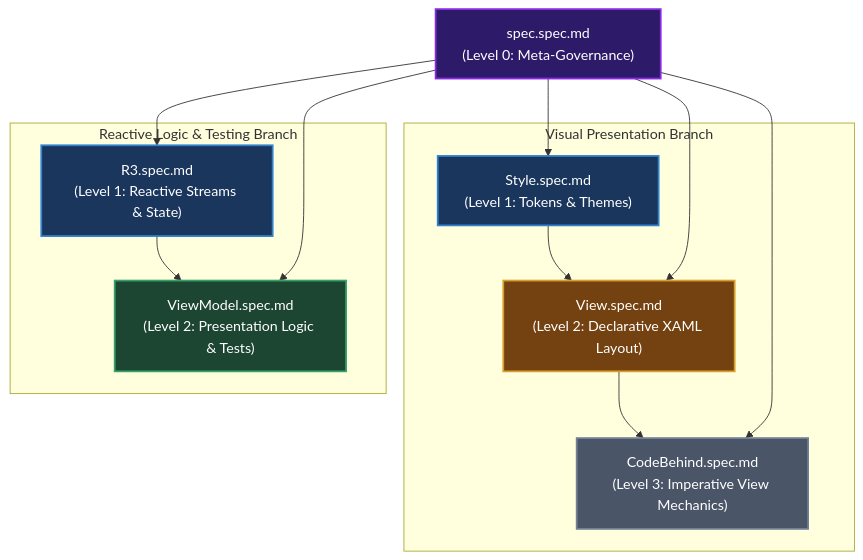
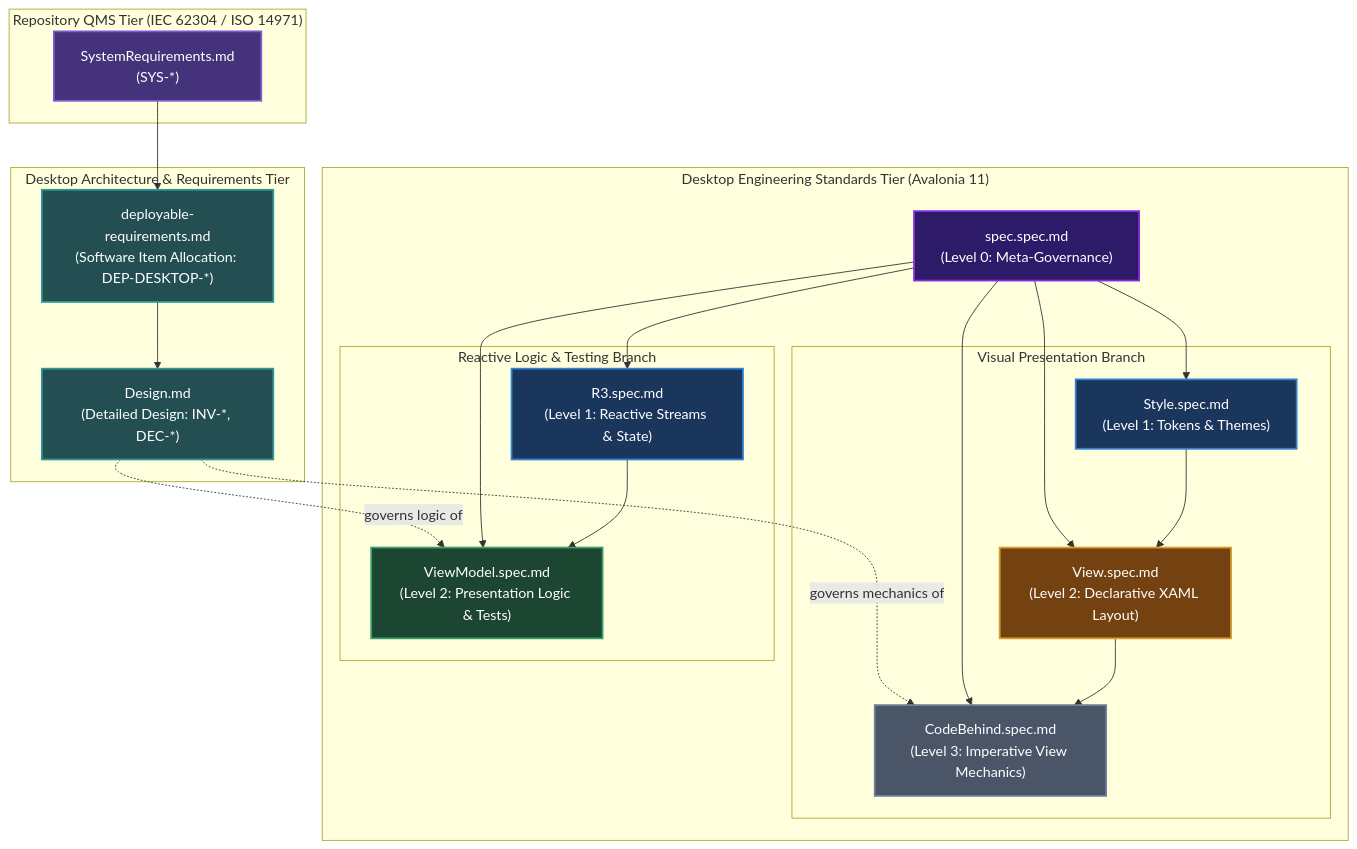
The first of 2 diagrams in source/Percolator.Desktop/spec/README.md (zerotwooneone/percolator), drawn with Mermaid before and after one commit. The commit also changed other lines of this file and 4 other files, not shown here.

Commit message:
add QMS specs to desktop

````diff
--- a/source/Percolator.Desktop/spec/README.md
+++ b/source/Percolator.Desktop/spec/README.md
@@ -17,36 +17,56 @@
 ```mermaid
 flowchart TD
-    Meta["spec.spec.md<br/>(Level 0: Meta-Governance)"]
-
-    subgraph BranchA["Visual Presentation Branch"]
-        Style["Style.spec.md<br/>(Level 1: Tokens & Themes)"]
-        View["View.spec.md<br/>(Level 2: Declarative XAML Layout)"]
-        CB["CodeBehind.spec.md<br/>(Level 3: Imperative View Mechanics)"]
-        Style --> View
-        View --> CB
+    subgraph RepoQMS["Repository QMS Tier (IEC 62304 / ISO 14971)"]
+        SYS["SystemRequirements.md<br/>(SYS-*)"]
     end
 
-    subgraph BranchB["Reactive Logic & Testing Branch"]
-        R3["R3.spec.md<br/>(Level 1: Reactive Streams & State)"]
-        VM["ViewModel.spec.md<br/>(Level 2: Presentation Logic & Tests)"]
-        R3 --> VM
+    subgraph DesktopQMS["Desktop Architecture & Requirements Tier"]
+        DEP["deployable-requirements.md<br/>(Software Item Allocation: DEP-DESKTOP-*)"]
+        DSN["Design.md<br/>(Detailed Design: INV-*, DEC-*)"]
+        SYS --> DEP
+        DEP --> DSN
     end
 
-    Meta --> Style
-    Meta --> R3
-    Meta --> View
-    Meta --> VM
-    Meta --> CB
+    subgraph DesktopStandards["Desktop Engineering Standards Tier (Avalonia 11)"]
+        Meta["spec.spec.md<br/>(Level 0: Meta-Governance)"]
 
+        subgraph BranchA["Visual Presentation Branch"]
+            Style["Style.spec.md<br/>(Level 1: Tokens & Themes)"]
+            View["View.spec.md<br/>(Level 2: Declarative XAML Layout)"]
+            CB["CodeBehind.spec.md<br/>(Level 3: Imperative View Mechanics)"]
+            Style --> View
+            View --> CB
+        end
+
+        subgraph BranchB["Reactive Logic & Testing Branch"]
+            R3["R3.spec.md<br/>(Level 1: Reactive Streams & State)"]
+            VM["ViewModel.spec.md<br/>(Level 2: Presentation Logic & Tests)"]
+            R3 --> VM
+        end
+
+        Meta --> Style
+        Meta --> R3
+        Meta --> View
+        Meta --> VM
+        Meta --> CB
+    end
+
+    DSN -.->|governs logic of| VM
+    DSN -.->|governs mechanics of| CB
+
+    classDef repo fill:#44337a,stroke:#805ad5,stroke-width:2px,color:#fff;
+    classDef qms fill:#234e52,stroke:#319795,stroke-width:2px,color:#fff;
     classDef meta fill:#2d1b69,stroke:#8a2be2,stroke-width:2px,color:#fff;
     classDef foundation fill:#1a365d,stroke:#3182ce,stroke-width:2px,color:#fff;
     classDef logic fill:#1c4532,stroke:#38a169,stroke-width:2px,color:#fff;
     classDef ui fill:#744210,stroke:#d69e2e,stroke-width:2px,color:#fff;
     classDef hook fill:#4a5568,stroke:#718096,stroke-width:2px,color:#fff;
 
+    class SYS repo;
+    class DEP,DSN qms;
     class Meta meta;
     class Style,R3 foundation;
     class VM logic;
     class View ui;
     class CB hook;
 ```
````
